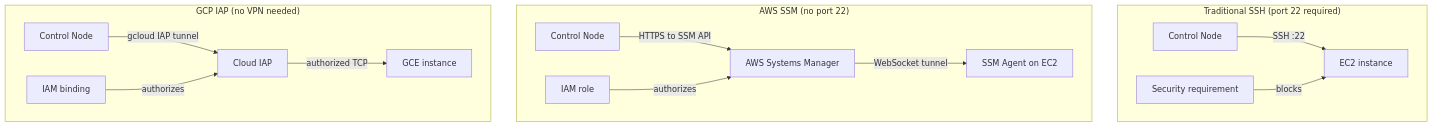
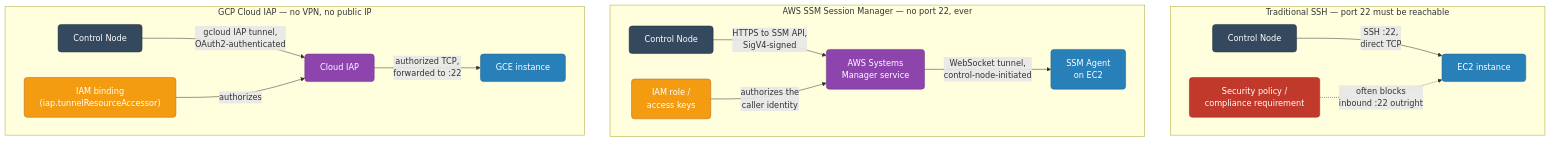
One commit to deepanshu-rawat6/DevOpsIndex changed the first of 5 diagrams in iac/ansible/cloud-integration.md. Above: the diagram before and after it, drawn with Mermaid. The commit also changed other lines of this file and 17 other files, not shown here.

````diff
--- a/iac/ansible/cloud-integration.md
+++ b/iac/ansible/cloud-integration.md
@@ -11,19 +16,25 @@
 ```mermaid
 graph TD
-    subgraph "Traditional SSH (port 22 required)"
-        A[Control Node] -->|"SSH :22"| B[EC2 instance]
-        C[Security requirement] -->|blocks| B
+    classDef blocked fill:#c0392b,stroke:#922b21,color:#fff,rx:6
+    classDef control fill:#34495e,stroke:#212f3c,color:#fff,rx:6
+    classDef broker fill:#8e44ad,stroke:#6c3483,color:#fff,rx:6
+    classDef target fill:#2980b9,stroke:#1f618d,color:#fff,rx:6
+    classDef auth fill:#f39c12,stroke:#ba6018,color:#fff,rx:6
+
+    subgraph "Traditional SSH — port 22 must be reachable"
+        A["Control Node"]:::control -->|"SSH :22,<br/>direct TCP"| B["EC2 instance"]:::target
+        C["Security policy /<br/>compliance requirement"]:::blocked -.->|"often blocks<br/>inbound :22 outright"| B
     end
 
-    subgraph "AWS SSM (no port 22)"
-        D[Control Node] -->|"HTTPS to SSM API"| E[AWS Systems Manager]
-        E -->|"WebSocket tunnel"| F[SSM Agent on EC2]
-        G[IAM role] -->|"authorizes"| E
+    subgraph "AWS SSM Session Manager — no port 22, ever"
+        D["Control Node"]:::control -->|"HTTPS to SSM API,<br/>SigV4-signed"| E["AWS Systems<br/>Manager service"]:::broker
+        E -->|"WebSocket tunnel,<br/>control-node-initiated"| F["SSM Agent<br/>on EC2"]:::target
+        G["IAM role /<br/>access keys"]:::auth -->|"authorizes the<br/>caller identity"| E
     end
 
-    subgraph "GCP IAP (no VPN needed)"
-        H[Control Node] -->|"gcloud IAP tunnel"| I[Cloud IAP]
-        I -->|"authorized TCP"| J[GCE instance]
-        K[IAM binding] -->|"authorizes"| I
+    subgraph "GCP Cloud IAP — no VPN, no public IP"
+        H["Control Node"]:::control -->|"gcloud IAP tunnel,<br/>OAuth2-authenticated"| I["Cloud IAP"]:::broker
+        I -->|"authorized TCP,<br/>forwarded to :22"| J["GCE instance"]:::target
+        K["IAM binding<br/>(iap.tunnelResourceAccessor)"]:::auth -->|authorizes| I
     end
 ```
````
